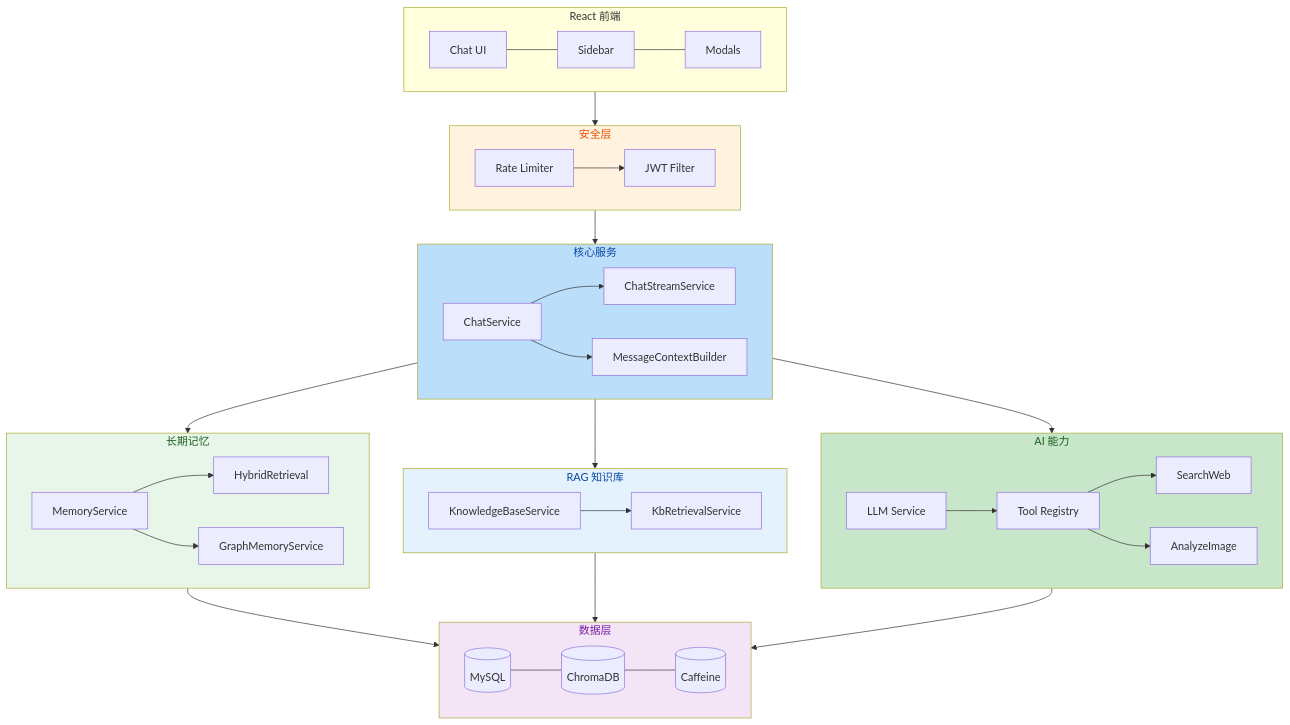
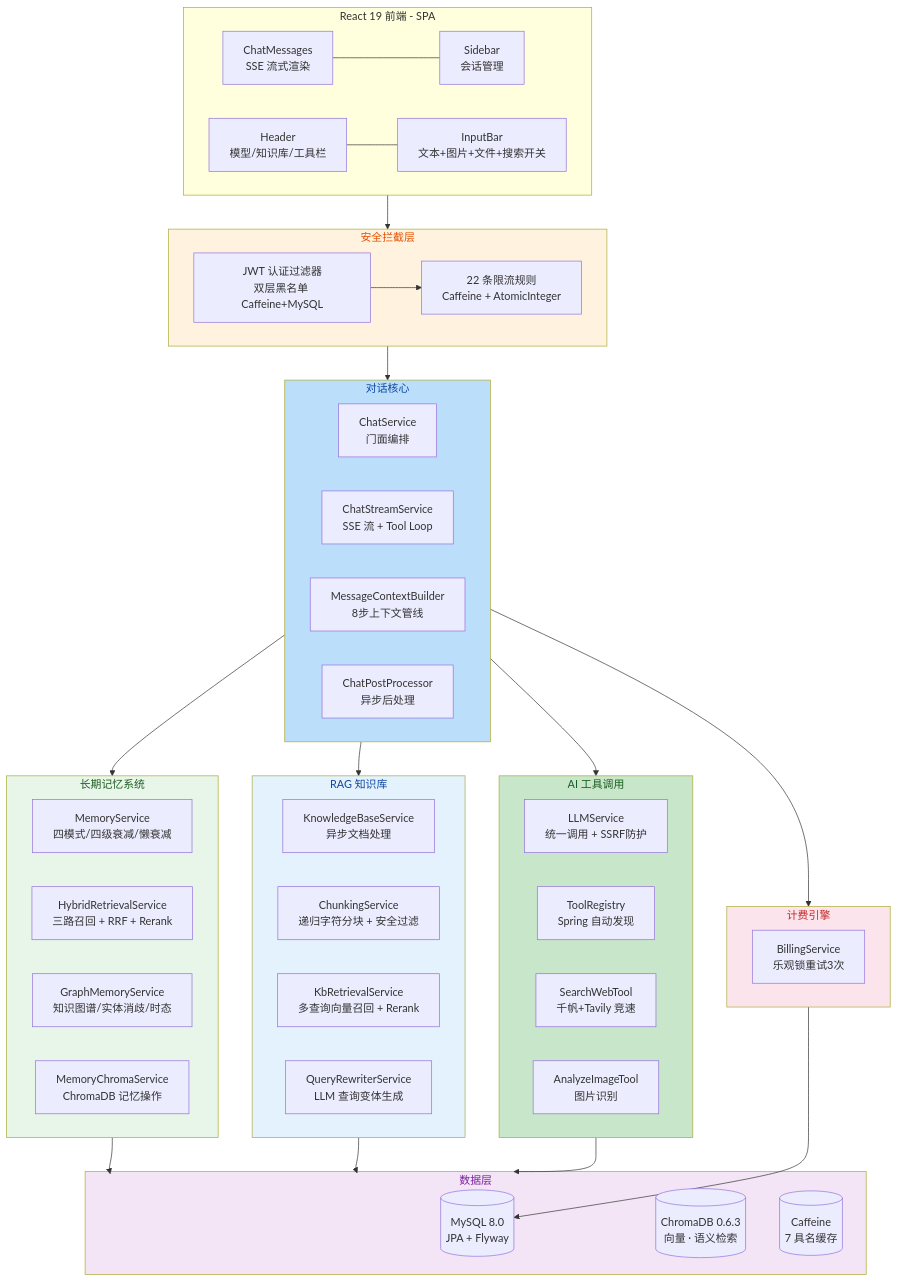
The diagram in README.md (kleetor/AiChat), drawn with Mermaid before and after one commit. The commit also changed other lines of this file and 1 other file, not shown here.

````diff
--- a/README.md
+++ b/README.md
@@ -84,46 +276,69 @@
 ```mermaid
 flowchart TB
-    subgraph Frontend["React 前端"]
-        FE[Chat UI] --- SS[Sidebar] --- MD[Modals]
+    subgraph Frontend["React 19 前端 - SPA"]
+        ChatUI[ChatMessages<br/>SSE 流式渲染] --- Sidebar[Sidebar<br/>会话管理]
+        Header[Header<br/>模型/知识库/工具栏] --- Input[InputBar<br/>文本+图片+文件+搜索开关]
     end
 
-    subgraph Security["安全层"]
-        RL[Rate Limiter] --> JWT[JWT Filter]
+    subgraph Security["安全拦截层"]
+        RL[22 条限流规则<br/>Caffeine + AtomicInteger]
+        JWT[JWT 认证过滤器<br/>双层黑名单 Caffeine+MySQL]
+        --> RL
     end
 
-    subgraph Core["核心服务"]
-        CS[ChatService] --> CSS[ChatStreamService]
-        CS --> MCB[MessageContextBuilder]
+    subgraph Core["对话核心"]
+        CS[ChatService<br/>门面编排]
+        CSS[ChatStreamService<br/>SSE 流 + Tool Loop]
+        MCB[MessageContextBuilder<br/>8步上下文管线]
+        CPP[ChatPostProcessor<br/>异步后处理]
     end
 
-    subgraph Memory["长期记忆"]
-        MS[MemoryService] --> HR[HybridRetrieval]
-        MS --> GM[GraphMemoryService]
+    subgraph Memory["长期记忆系统"]
+        MS[MemoryService<br/>四模式/四级衰减/懒衰减]
+        HR[HybridRetrievalService<br/>三路召回 + RRF + Rerank]
+        GM[GraphMemoryService<br/>知识图谱/实体消歧/时态]
+        MCS[MemoryChromaService<br/>ChromaDB 记忆操作]
     end
 
     subgraph KB["RAG 知识库"]
-        KBS[KnowledgeBaseService] --> KBR[KbRetrievalService]
+        KBS[KnowledgeBaseService<br/>异步文档处理]
+        CK[ChunkingService<br/>递归字符分块 + 安全过滤]
+        KBR[KbRetrievalService<br/>多查询向量召回 + Rerank]
+        QW[QueryRewriterService<br/>LLM 查询变体生成]
     end
 
-    subgraph AILayer["AI 能力"]
-        LLM[LLM Service] --> TR[Tool Registry]
-        TR --> SW[SearchWeb]
-        TR --> Img[AnalyzeImage]
+    subgraph Tools["AI 工具调用"]
+        LLM[LLMService<br/>统一调用 + SSRF防护]
+        TR[ToolRegistry<br/>Spring 自动发现]
+        SW[SearchWebTool<br/>千帆+Tavily 竞速]
+        Img[AnalyzeImageTool<br/>图片识别]
+    end
+
+    subgraph Billing["计费引擎"]
+        BS[BillingService<br/>乐观锁重试3次]
     end
 
     subgraph DataLayer["数据层"]
-        DB[(MySQL)] --- CDB[(ChromaDB)] --- Cache[(Caffeine)]
+        DB[(MySQL 8.0<br/>JPA + Flyway)]
+        CDB[(ChromaDB 0.6.3<br/>向量 · 语义检索)]
+        Cache[(Caffeine<br/>7 具名缓存)]
     end
 
     Frontend --> Security --> Core
-    Core --> Memory & KB & AILayer
-    Memory & KB --> DataLayer
-    AILayer --> DataLayer
+    Core --> Memory
+    Core --> KB
+    Core --> Tools
+    Core --> Billing
+    Memory --> DataLayer
+    KB --> DataLayer
+    Tools --> DataLayer
+    Billing --> DB
 
     style Security fill:#fff3e0,color:#e65100
     style Core fill:#bbdefb,color:#0d47a1
     style Memory fill:#e8f5e9,color:#1b5e20
     style KB fill:#e3f2fd,color:#0d47a1
-    style AILayer fill:#c8e6c9,color:#1a5e20
+    style Tools fill:#c8e6c9,color:#1a5e20
     style DataLayer fill:#f3e5f5,color:#7b1fa2
+    style Billing fill:#fce4ec,color:#c62828
 ```
````
